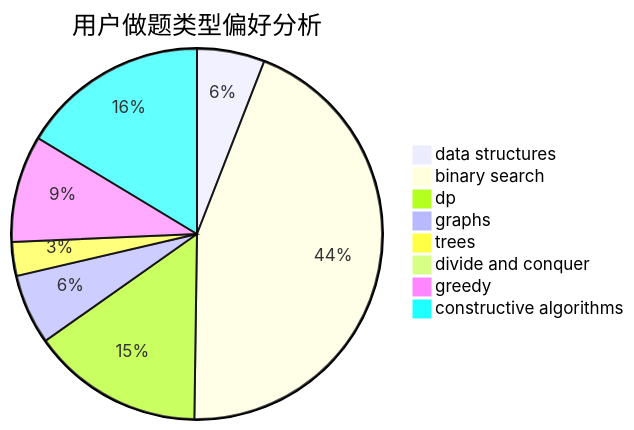
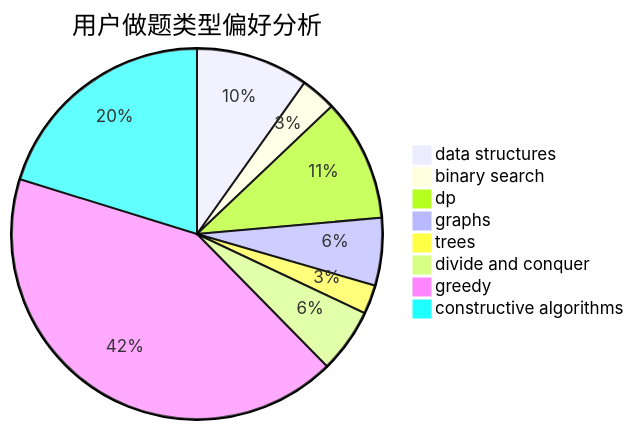
One commit to sherpahu/cfrs.github.io changed the second of 3 diagrams in docs/user/u2761.md. Above: the diagram before and after it, drawn with Mermaid. The commit also changed other lines of this file and 2770 other files, not shown here.

````diff
--- a/docs/user/u2761.md
+++ b/docs/user/u2761.md
@@ -23,11 +23,11 @@
 ```mermaid
 pie title 用户做题类型偏好分析
-    "data structures" :  26
-    "binary search" :  195
-    "dp" :  66
-    "graphs" :  27
-    "trees" :  13
-    "divide and conquer" :  0
-    "greedy" :  41
+    "data structures" :  35
+    "binary search" :  11
+    "dp" :  38
+    "graphs" :  21
+    "trees" :  9
+    "divide and conquer" :  20
+    "greedy" :  150
     "constructive algorithms" :  72
 ```
````
